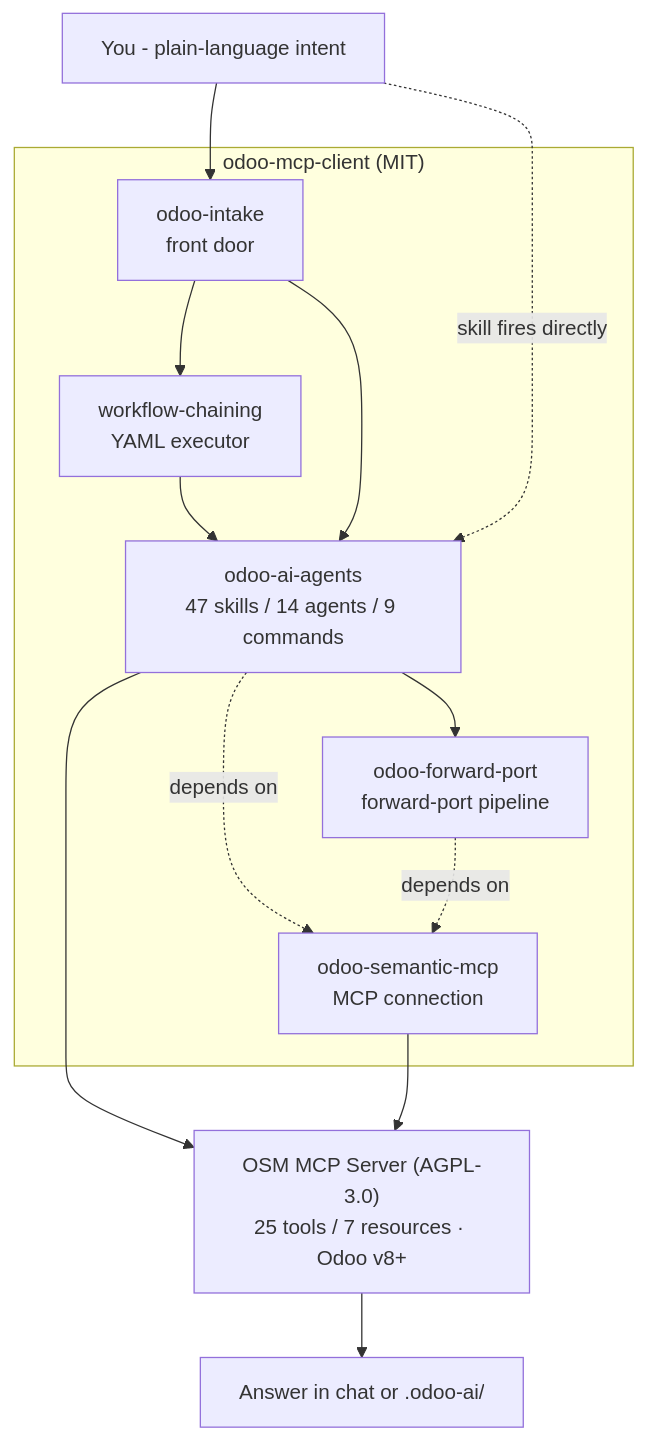
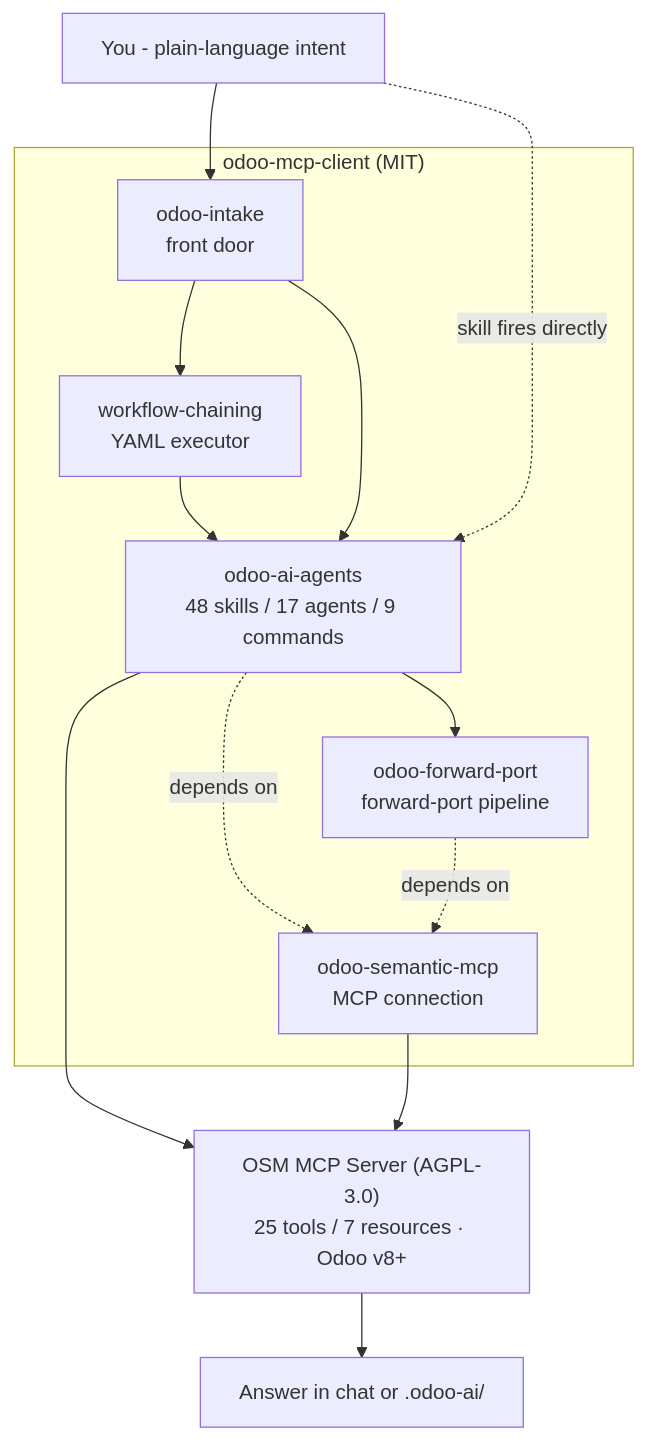
One commit to Viindoo/odoo-mcp-client changed the diagram in README.md. Above: the diagram before and after it, drawn with Mermaid. The commit also changed other lines of this file and 33 other files, not shown here.

````diff
--- a/README.md
+++ b/README.md
@@ -13,26 +13,26 @@
 ```mermaid
 flowchart TD
     You["You - plain-language intent"]
 
     subgraph client["odoo-mcp-client (MIT)"]
         intake["odoo-intake<br/>front door"]
         wfrunner["workflow-chaining<br/>YAML executor"]
-        skills["odoo-ai-agents<br/>47 skills / 14 agents / 9 commands"]
+        skills["odoo-ai-agents<br/>48 skills / 17 agents / 9 commands"]
         fp["odoo-forward-port<br/>forward-port pipeline"]
         mcp["odoo-semantic-mcp<br/>MCP connection"]
         intake --> wfrunner --> skills
         intake --> skills
         skills --> fp
         skills -. depends on .-> mcp
         fp -. depends on .-> mcp
     end
 
     server["OSM MCP Server (AGPL-3.0)<br/>25 tools / 7 resources · Odoo v8+"]
     out["Answer in chat or .odoo-ai/"]
 
     You --> intake
     You -. "skill fires directly" .-> skills
     skills --> server
     mcp --> server
     server --> out
 ```
````
